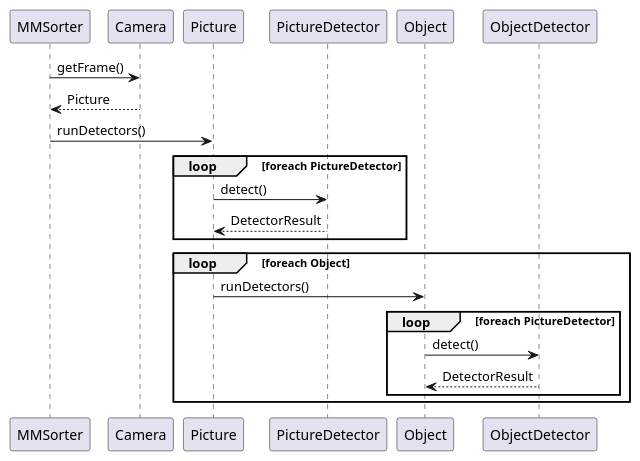
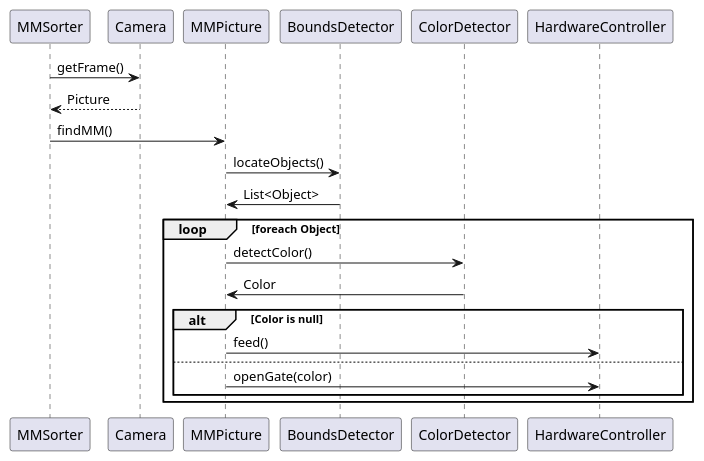
The diagram in src/ti02/robotica/UML/Sequence.puml (VincentBean/ProjRobotica), drawn with PlantUML before and after one commit. The commit also changed 5 other files, not shown here.

```diff
--- a/src/ti02/robotica/UML/Sequence.puml
+++ b/src/ti02/robotica/UML/Sequence.puml
@@ -1,17 +1,20 @@
 @startuml
 MMSorter -> Camera: getFrame()
 Camera --> MMSorter: Picture
-MMSorter -> Picture: runDetectors()
-loop foreach PictureDetector
-    Picture -> PictureDetector: detect()
-    PictureDetector --> Picture: DetectorResult
-end
+MMSorter -> MMPicture: findMM()
+
+MMPicture -> BoundsDetector: locateObjects()
+BoundsDetector -> MMPicture: List<Object>
+
 loop foreach Object
-    Picture -> Object: runDetectors()
-        loop foreach PictureDetector
-            Object -> ObjectDetector: detect()
-            ObjectDetector --> Object: DetectorResult
-        end
+    MMPicture -> ColorDetector: detectColor()
+    ColorDetector -> MMPicture : Color
+    alt Color is null
+       MMPicture -> HardwareController: feed()
+    else
+        MMPicture -> HardwareController: openGate(color)
+    end
+
 end
 
 @enduml
```
